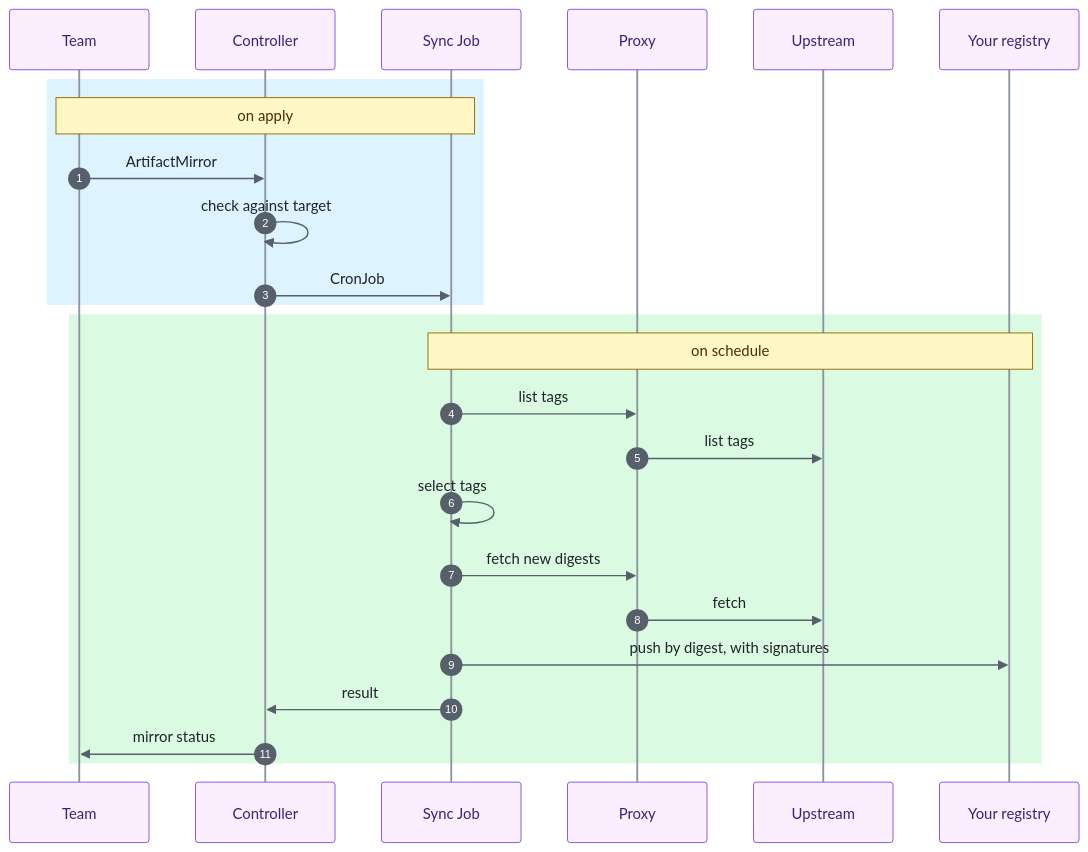
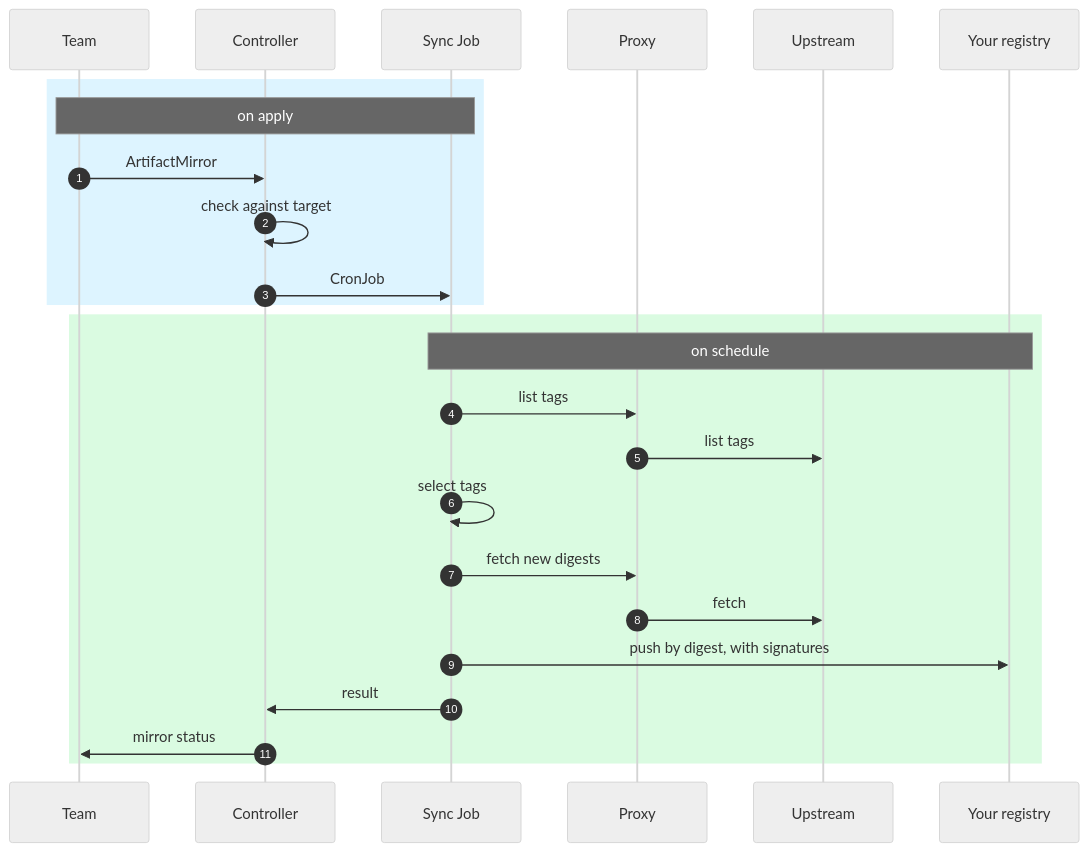
One commit to r-gawronski/tagwarden changed the second of 2 diagrams in README.md. Above: the diagram before and after it, drawn with Mermaid. The commit also changed other lines of this file and 10 other files, not shown here.

Commit message:
docs: hand-drawn diagram variants

````diff
--- a/README.md
+++ b/README.md
@@ -81,29 +86,33 @@
 ```mermaid
-%%{init: {'theme': 'base', 'themeVariables': {'fontFamily': 'Inter, Helvetica, Arial, sans-serif', 'fontSize': '15px', 'actorBkg': '#fbefff', 'actorBorder': '#8250df', 'actorTextColor': '#3e1f79', 'actorLineColor': '#8b949e', 'signalColor': '#57606a', 'signalTextColor': '#1f2328', 'noteBkgColor': '#fff8c5', 'noteBorderColor': '#9a6700', 'noteTextColor': '#4d2d00', 'sequenceNumberColor': '#ffffff'}}}%%
+---
+config:
+  look: handDrawn
+  theme: neutral
+---
 sequenceDiagram
   autonumber
   participant Team
   participant C as Controller
   participant J as Sync Job
   participant P as Proxy
   participant U as Upstream
   participant R as Your registry
 
   rect rgb(221, 244, 255)
     Note over Team,J: on apply
     Team->>C: ArtifactMirror
     C->>C: check against target
     C->>J: CronJob
   end
   rect rgb(218, 251, 225)
     Note over J,R: on schedule
     J->>P: list tags
     P->>U: list tags
     J->>J: select tags
     J->>P: fetch new digests
     P->>U: fetch
     J->>R: push by digest, with signatures
     J->>C: result
     C->>Team: mirror status
   end
 ```
````
